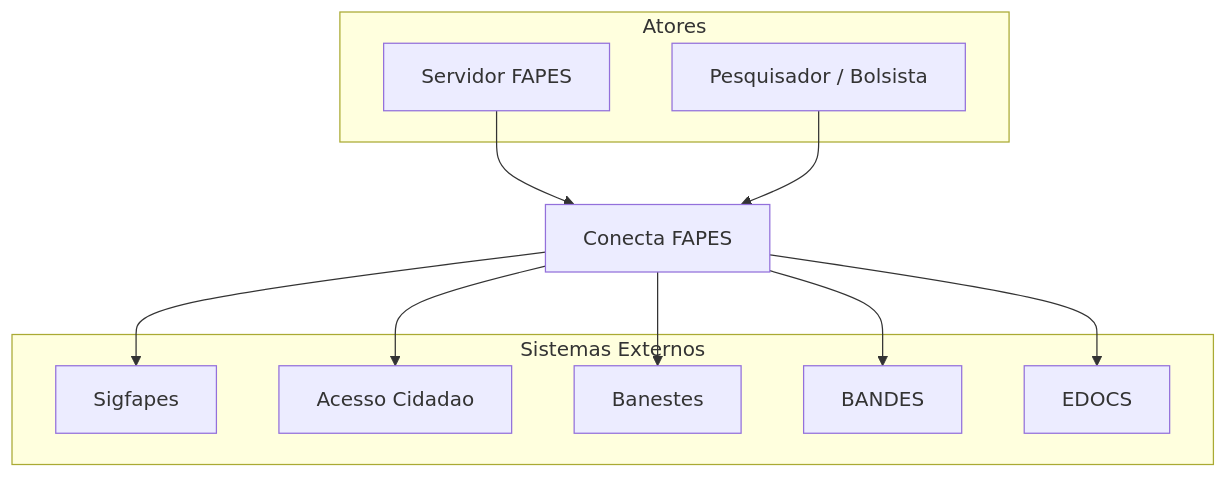
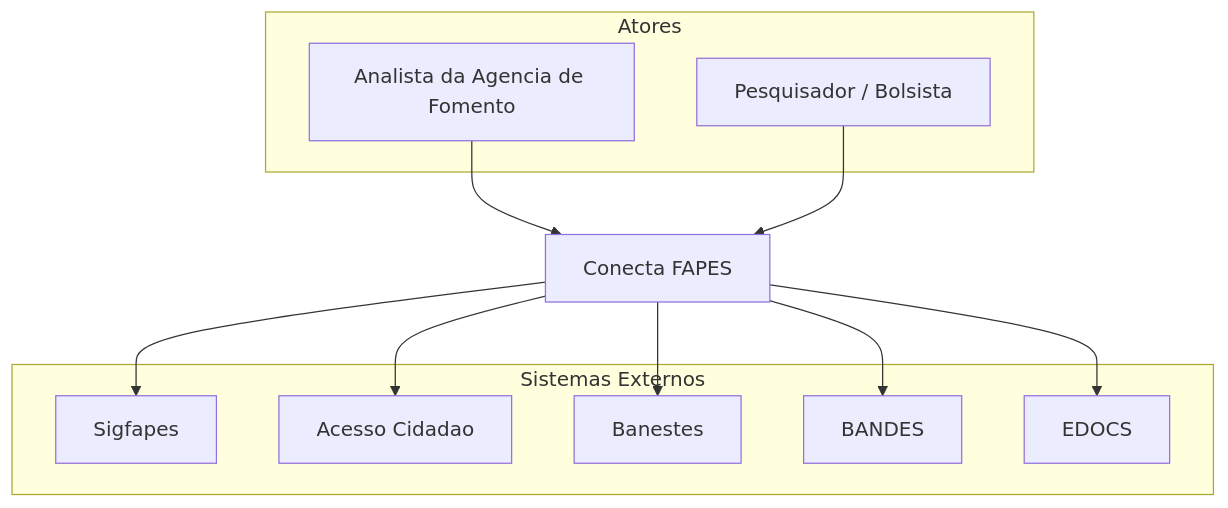
The first of 5 diagrams in docs/architecture/README.md (Czzped/conecta-fapes-teste), drawn with Mermaid before and after one commit. The commit also changed other lines of this file and 111 other files, not shown here.

````diff
--- a/docs/architecture/README.md
+++ b/docs/architecture/README.md
@@ -17,25 +17,25 @@
 ```mermaid
 graph TB
     subgraph Atores
-        SF[Servidor FAPES]
+        SF[Analista da Agencia de Fomento]
         PB[Pesquisador / Bolsista]
     end
 
     subgraph Sistemas Externos
         SIG[Sigfapes]
         AC[Acesso Cidadao]
         BAN[Banestes]
         BAND[BANDES]
         EDOCS[EDOCS]
     end
 
     CF[Conecta FAPES]
 
     SF --> CF
     PB --> CF
     CF --> SIG
     CF --> AC
     CF --> BAN
     CF --> BAND
     CF --> EDOCS
 ```
````
